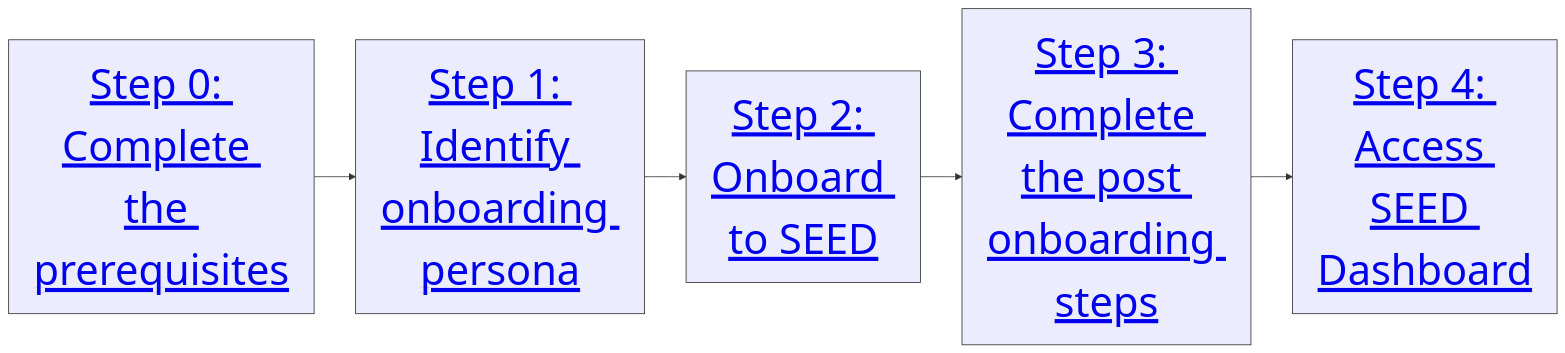
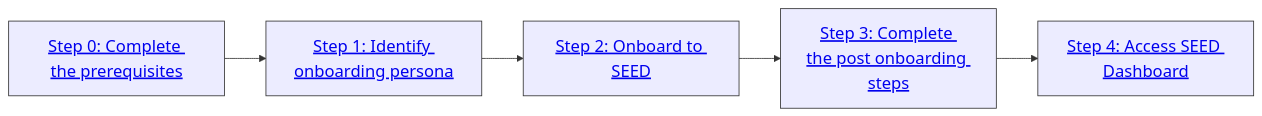
Before and after one commit to GovTechSG/seed-primer-documentation: the second of 2 diagrams in getting-started.md, drawn with Mermaid.

````diff
--- a/getting-started.md
+++ b/getting-started.md
@@ -20,21 +20,21 @@
 ```mermaid
-%%{init: {'theme': 'default','themeVariables': { 'fontSize': '50px', 'fontFamily': 'Inter', 'width': '800px' }}}%%
+%%{init: {'theme': 'default','themeVariables': { 'fontSize': '20px', 'fontFamily': 'Inter', 'width': '800px' }}}%%
 graph LR
     A["<a href='https://docs.developer.tech.gov.sg/docs/staging-seed-primer/getting-started?id=step-0-ensure-you-meet-the-required-prerequisites'>Step 0: Complete the prerequisites</a>"]
     B["<a href='https://docs.developer.tech.gov.sg/docs/staging-seed-primer/getting-started?id=step-1-identify-your-onboarding-persona'>Step 1: Identify onboarding persona</a>"]
     C["<a href='https://docs.developer.tech.gov.sg/docs/staging-seed-primer/getting-started?id=step-2-onboard-device-to-seed'>Step 2: Onboard to SEED</a>"]
     D["<a href='https://docs.developer.tech.gov.sg/docs/staging-seed-primer/post-onboarding-steps'>Step 3: Complete the post onboarding steps</a>"]
     E["<a href='https://docs.developer.tech.gov.sg/docs/staging-seed-primer/dashboard'>Step 4: Access SEED Dashboard</a>"]
 
     style A  stroke:#333, max-width: 600px;
     style B  stroke:#333, max-width: 600px;
     style C  stroke:#333, max-width: 600px;
     style D  stroke:#333, max-width: 600px;
     style E  stroke:#333, max-width: 600px;
     
     A --> B
     B --> C
     C --> D
     D --> E
 
 ```
````
